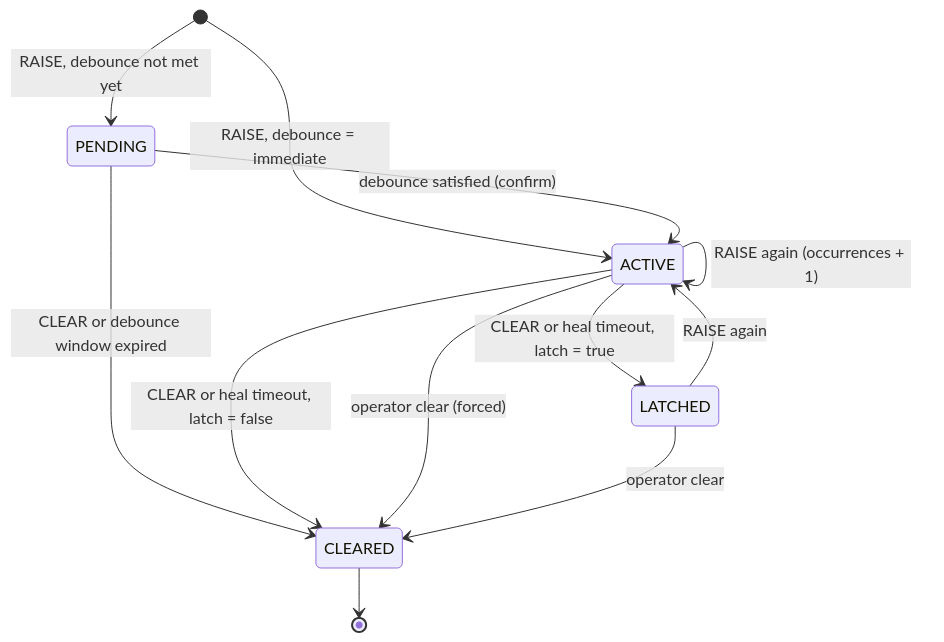
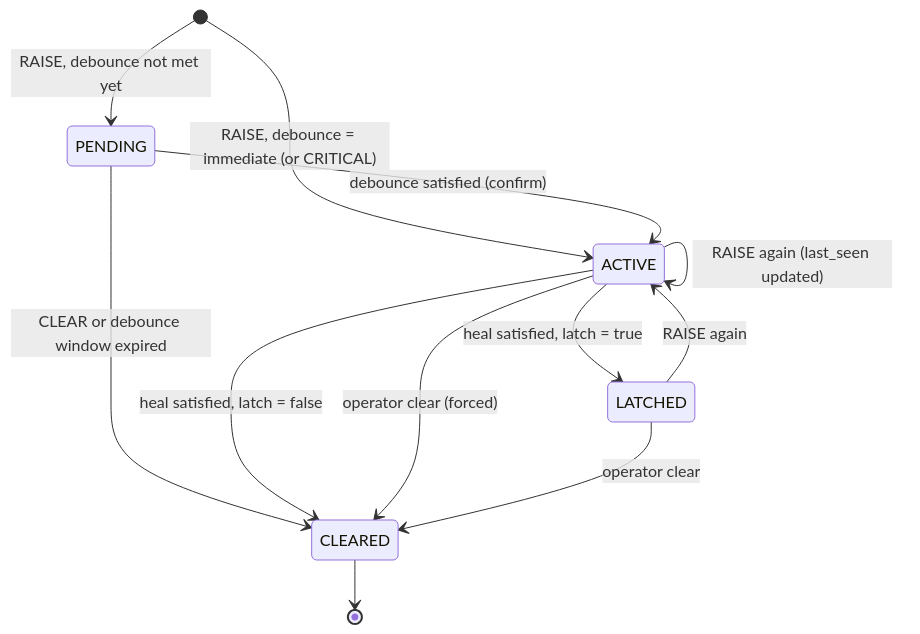
One commit to guilyx/jarvis_ros2 changed the first of 4 diagrams in docs/design/03-data-model.md. Above: the diagram before and after it, drawn with Mermaid. The commit also changed other lines of this file and 20 other files, not shown here.

````diff
--- a/docs/design/03-data-model.md
+++ b/docs/design/03-data-model.md
@@ -95,14 +97,14 @@
 ```mermaid
 stateDiagram-v2
   [*] --> PENDING : RAISE, debounce not met yet
-  [*] --> ACTIVE : RAISE, debounce = immediate
+  [*] --> ACTIVE : RAISE, debounce = immediate (or CRITICAL)
   PENDING --> ACTIVE : debounce satisfied (confirm)
   PENDING --> CLEARED : CLEAR or debounce window expired
-  ACTIVE --> ACTIVE : RAISE again (occurrences + 1)
-  ACTIVE --> CLEARED : CLEAR or heal timeout, latch = false
-  ACTIVE --> LATCHED : CLEAR or heal timeout, latch = true
+  ACTIVE --> ACTIVE : RAISE again (last_seen updated)
+  ACTIVE --> CLEARED : heal satisfied, latch = false
+  ACTIVE --> LATCHED : heal satisfied, latch = true
   ACTIVE --> CLEARED : operator clear (forced)
   LATCHED --> CLEARED : operator clear
   LATCHED --> ACTIVE : RAISE again
   CLEARED --> [*]
 ```
````
